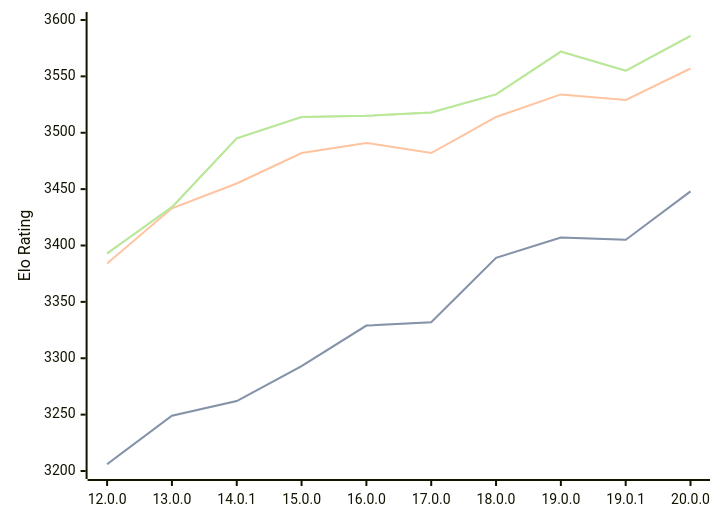
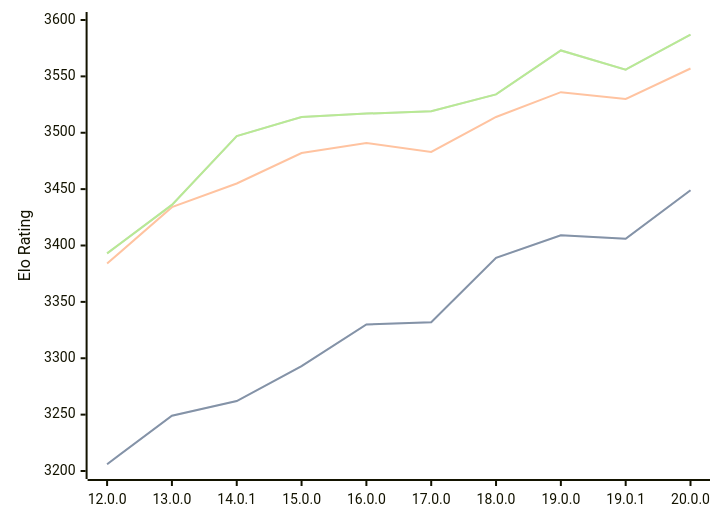
Before and after one commit to computer-chess-index/cci: the diagram in engines/Viridithas.md, drawn with Mermaid. The commit also changed other lines of this file, not shown here.

Commit message:
Update CCI Ratings (ELO VLTC) - 2026-08-29

````diff
--- a/engines/Viridithas.md
+++ b/engines/Viridithas.md
@@ -40,11 +40,11 @@
 ```mermaid
 %%{init: {"theme":"base","themeVariables":{"seriesColors:['#a3a3a3','#222221','#faa371']}}}%%
 xychart-beta
   x-axis ["12.0.0", "13.0.0", "14.0.1", "15.0.0", "16.0.0", "17.0.0", "18.0.0", "19.0.0", "19.0.1", "20.0.0"]
   y-axis "Elo Rating" 3200 --> 3600
-  line "" [3206, 3249, 3262, 3293, 3329, 3332, 3389, 3407, 3405, 3448]
-  line "STC (8.0+0.08s)" [3206, 3249, 3262, 3293, 3329, 3332, 3389, 3407, 3405, 3448]
-  line "LTC (60.0+0.60s)" [3384, 3433, 3455, 3482, 3491, 3482, 3514, 3534, 3529, 3557]
-  line "" [3393, 3434, 3495, 3514, 3515, 3518, 3534, 3572, 3555, 3586]
-  line "VLTC (2m24s+1.12s)" [3393, 3434, 3495, 3514, 3515, 3518, 3534, 3572, 3555, 3586]
+  line "" [3206, 3249, 3262, 3293, 3330, 3332, 3389, 3409, 3406, 3449]
+  line "STC (8.0+0.08s)" [3206, 3249, 3262, 3293, 3330, 3332, 3389, 3409, 3406, 3449]
+  line "LTC (60.0+0.60s)" [3384, 3434, 3455, 3482, 3491, 3483, 3514, 3536, 3530, 3557]
+  line "" [3393, 3436, 3497, 3514, 3517, 3519, 3534, 3573, 3556, 3587]
+  line "VLTC (2m24s+1.12s)" [3393, 3436, 3497, 3514, 3517, 3519, 3534, 3573, 3556, 3587]
 ```
````
